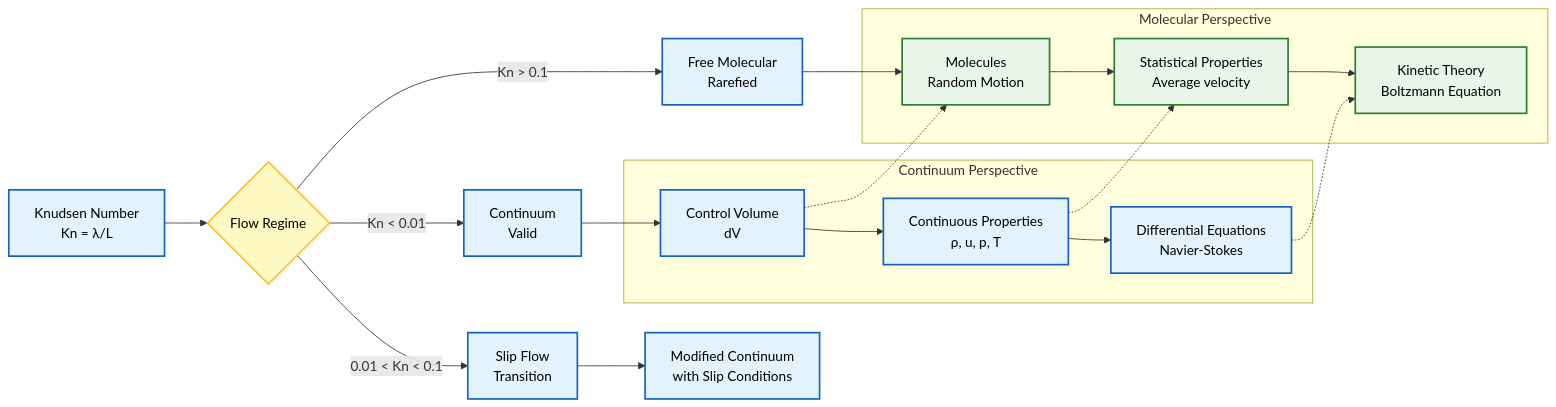
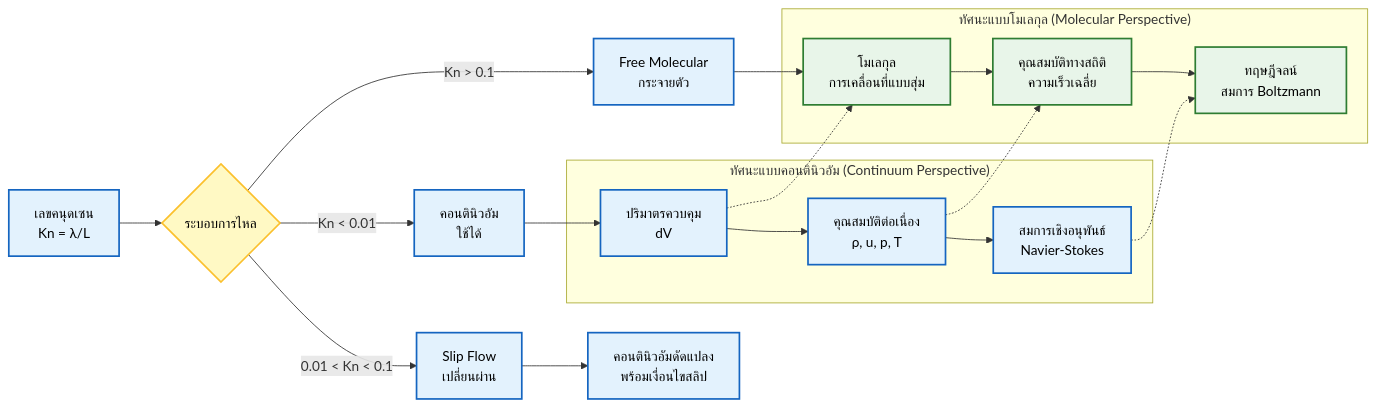
The third of 12 diagrams in MODULE_01_CFD_FUNDAMENTALS/lessons/01_fluid_mechanics_fundamentals.md (wramet/build-my-cfd), drawn with Mermaid before and after one commit. The commit also changed other lines of this file and 297 other files, not shown here.

Commit message:
Add explanation under mermaid diagram

````diff
--- a/MODULE_01_CFD_FUNDAMENTALS/lessons/01_fluid_mechanics_fundamentals.md
+++ b/MODULE_01_CFD_FUNDAMENTALS/lessons/01_fluid_mechanics_fundamentals.md
@@ -206,35 +230,34 @@
 ```mermaid
 graph LR
-    subgraph "Continuum Perspective"
-        A["Control Volume<br/>dV"] --> B["Continuous Properties<br/>ρ, u, p, T"]
-        B --> C["Differential Equations<br/>Navier-Stokes"]
+    subgraph "ทัศนะแบบคอนตินิวอัม (Continuum Perspective)"
+        A["ปริมาตรควบคุม<br/>dV"] --> B["คุณสมบัติต่อเนื่อง<br/>ρ, u, p, T"]
+        B --> C["สมการเชิงอนุพันธ์<br/>Navier-Stokes"]
     end
-    
-    subgraph "Molecular Perspective"
-        D["Molecules<br/>Random Motion"] --> E["Statistical Properties<br/>Average velocity"]
-        E --> F["Kinetic Theory<br/>Boltzmann Equation"]
+
+    subgraph "ทัศนะแบบโมเลกุล (Molecular Perspective)"
+        D["โมเลกุล<br/>การเคลื่อนที่แบบสุ่ม"] --> E["คุณสมบัติทางสถิติ<br/>ความเร็วเฉลี่ย"]
+        E --> F["ทฤษฎีจลน์<br/>สมการ Boltzmann"]
     end
-    
+
     A -.-> D
     B -.-> E
     C -.-> F
-    
-    G["Knudsen Number<br/>Kn = λ/L"] --> H{"Flow Regime"}
-    H -->|"Kn < 0.01"| I["Continuum<br/>Valid"]
-    H -->|"0.01 < Kn < 0.1"| J["Slip Flow<br/>Transition"]
-    H -->|"Kn > 0.1"| K["Free Molecular<br/>Rarefied"]
-    
+
+    G["เลขคนุดเซน<br/>Kn = λ/L"] --> H{"ระบอบการไหล"}
+    H -->|"Kn < 0.01"| I["คอนตินิวอัม<br/>ใช้ได้"]
+    H -->|"0.01 < Kn < 0.1"| J["Slip Flow<br/>เปลี่ยนผ่าน"]
+    H -->|"Kn > 0.1"| K["Free Molecular<br/>กระจายตัว"]
+
     I --> A
-    J --> L["Modified Continuum<br/>with Slip Conditions"]
+    J --> L["คอนตินิวอัมดัดแปลง<br/>พร้อมเงื่อนไขสลิป"]
     K --> D
-    
-    %% Styling Definitions
+
+    %% นิยามสไตล์
     classDef process fill:#e3f2fd,stroke:#1565c0,stroke-width:2px,color:#000;
     classDef decision fill:#fff9c4,stroke:#fbc02d,stroke-width:2px,color:#000;
-    classDef terminator fill:#ffebee,stroke:#c62828,stroke-width:2px,color:#000;
     classDef storage fill:#e8f5e9,stroke:#2e7d32,stroke-width:2px,color:#000;
-    
-    class A,B,C,G,I,J,K,L process
-    class H decision
-    class D,E,F storage
+
+    class A,B,C,G,I,J,K,L process;
+    class H decision;
+    class D,E,F storage;
 ```
````
